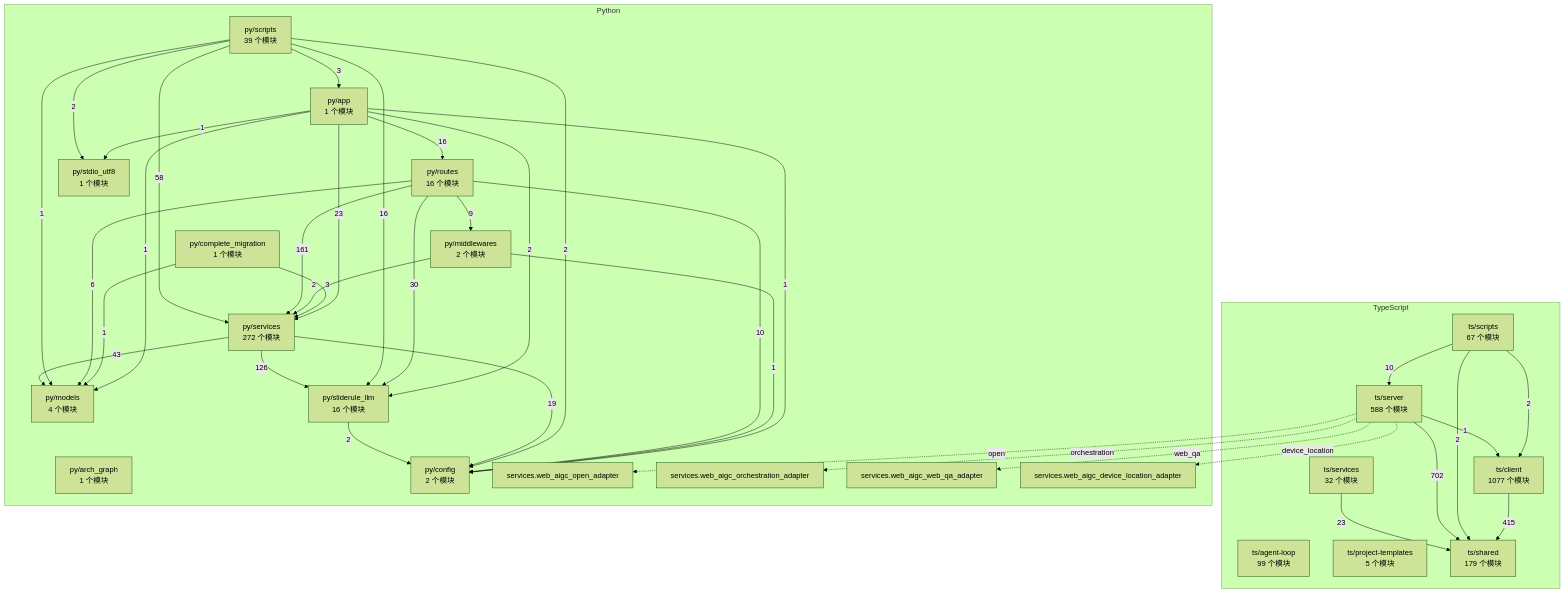
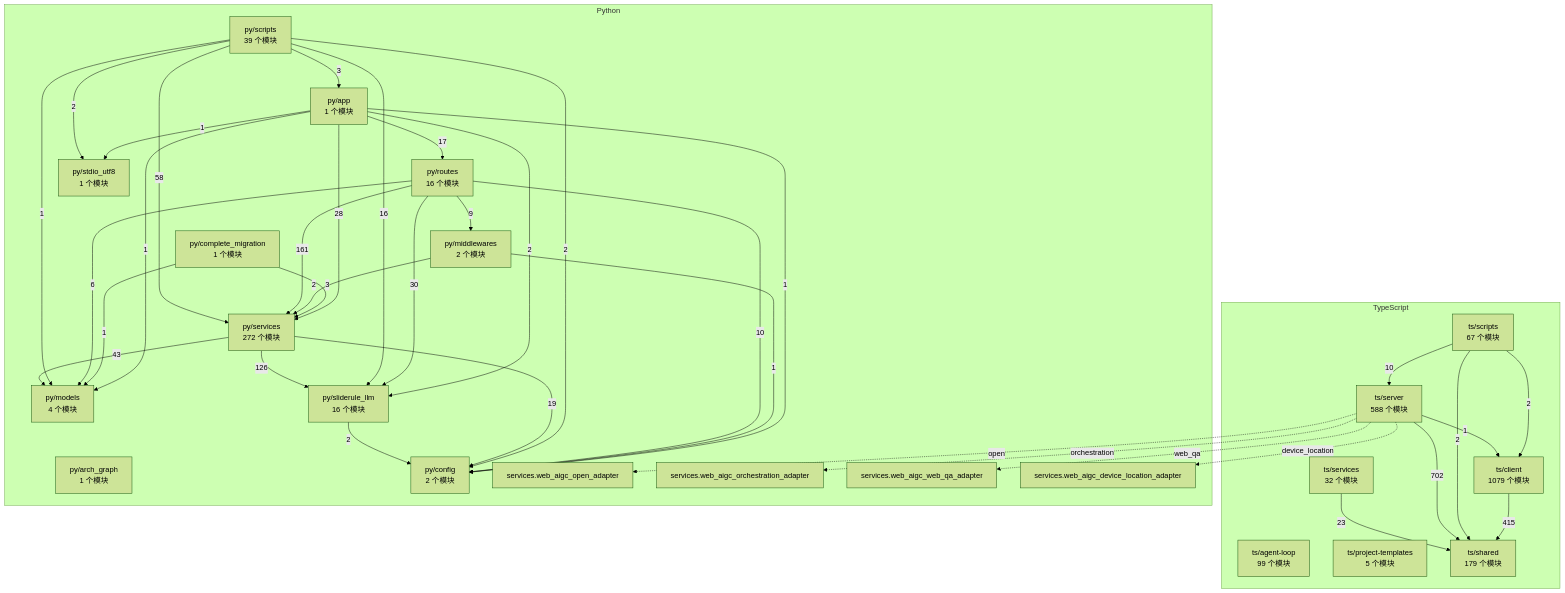
Before and after one commit to 2686521696/WhyBuddy: the diagram in docs/WhyBuddy 全仓架构图（自动生成）.md, drawn with Mermaid (forest theme). The commit also changed 6 other files, not shown here.

First line of the commit message:
启动探针改成 fail-open，orch_trace 默认关，两侧架构图重生成。

````diff
--- a/docs/WhyBuddy 全仓架构图（自动生成）.md
+++ b/docs/WhyBuddy 全仓架构图（自动生成）.md
@@ -14,65 +14,65 @@
 ```mermaid
 flowchart TB
   subgraph ts [TypeScript]
     ts_agent_loop["ts/agent-loop<br/>99 个模块"]
-    ts_client["ts/client<br/>1077 个模块"]
+    ts_client["ts/client<br/>1079 个模块"]
     ts_project_templates["ts/project-templates<br/>5 个模块"]
     ts_scripts["ts/scripts<br/>67 个模块"]
     ts_server["ts/server<br/>588 个模块"]
     ts_services["ts/services<br/>32 个模块"]
     ts_shared["ts/shared<br/>179 个模块"]
   end
   subgraph py [Python]
     py_app["py/app<br/>1 个模块"]
     py_arch_graph["py/arch_graph<br/>1 个模块"]
     py_complete_migration["py/complete_migration<br/>1 个模块"]
     py_config["py/config<br/>2 个模块"]
     py_middlewares["py/middlewares<br/>2 个模块"]
     py_models["py/models<br/>4 个模块"]
     py_routes["py/routes<br/>16 个模块"]
     py_scripts["py/scripts<br/>39 个模块"]
     py_services["py/services<br/>272 个模块"]
     py_sliderule_llm["py/sliderule_llm<br/>16 个模块"]
     py_stdio_utf8["py/stdio_utf8<br/>1 个模块"]
     py_services_web_aigc_open_adapter["services.web_aigc_open_adapter"]
     py_services_web_aigc_orchestration_adapter["services.web_aigc_orchestration_adapter"]
     py_services_web_aigc_web_qa_adapter["services.web_aigc_web_qa_adapter"]
     py_services_web_aigc_device_location_adapter["services.web_aigc_device_location_adapter"]
   end
   ts_client -->|415| ts_shared
   ts_scripts -->|2| ts_client
   ts_scripts -->|10| ts_server
   ts_scripts -->|2| ts_shared
   ts_server -->|1| ts_client
   ts_server -->|702| ts_shared
   ts_services -->|23| ts_shared
   py_app -->|1| py_config
   py_app -->|1| py_models
-  py_app -->|16| py_routes
-  py_app -->|23| py_services
+  py_app -->|17| py_routes
+  py_app -->|28| py_services
   py_app -->|2| py_sliderule_llm
   py_app -->|1| py_stdio_utf8
   py_complete_migration -->|1| py_models
   py_complete_migration -->|3| py_services
   py_middlewares -->|1| py_config
   py_middlewares -->|2| py_services
   py_routes -->|10| py_config
   py_routes -->|9| py_middlewares
   py_routes -->|6| py_models
   py_routes -->|161| py_services
   py_routes -->|30| py_sliderule_llm
   py_scripts -->|3| py_app
   py_scripts -->|2| py_config
   py_scripts -->|1| py_models
   py_scripts -->|58| py_services
   py_scripts -->|16| py_sliderule_llm
   py_scripts -->|2| py_stdio_utf8
   py_services -->|19| py_config
   py_services -->|43| py_models
   py_services -->|126| py_sliderule_llm
   py_sliderule_llm -->|2| py_config
   ts_server -.->|open| py_services_web_aigc_open_adapter
   ts_server -.->|orchestration| py_services_web_aigc_orchestration_adapter
   ts_server -.->|web_qa| py_services_web_aigc_web_qa_adapter
   ts_server -.->|device_location| py_services_web_aigc_device_location_adapter
 ```
````
